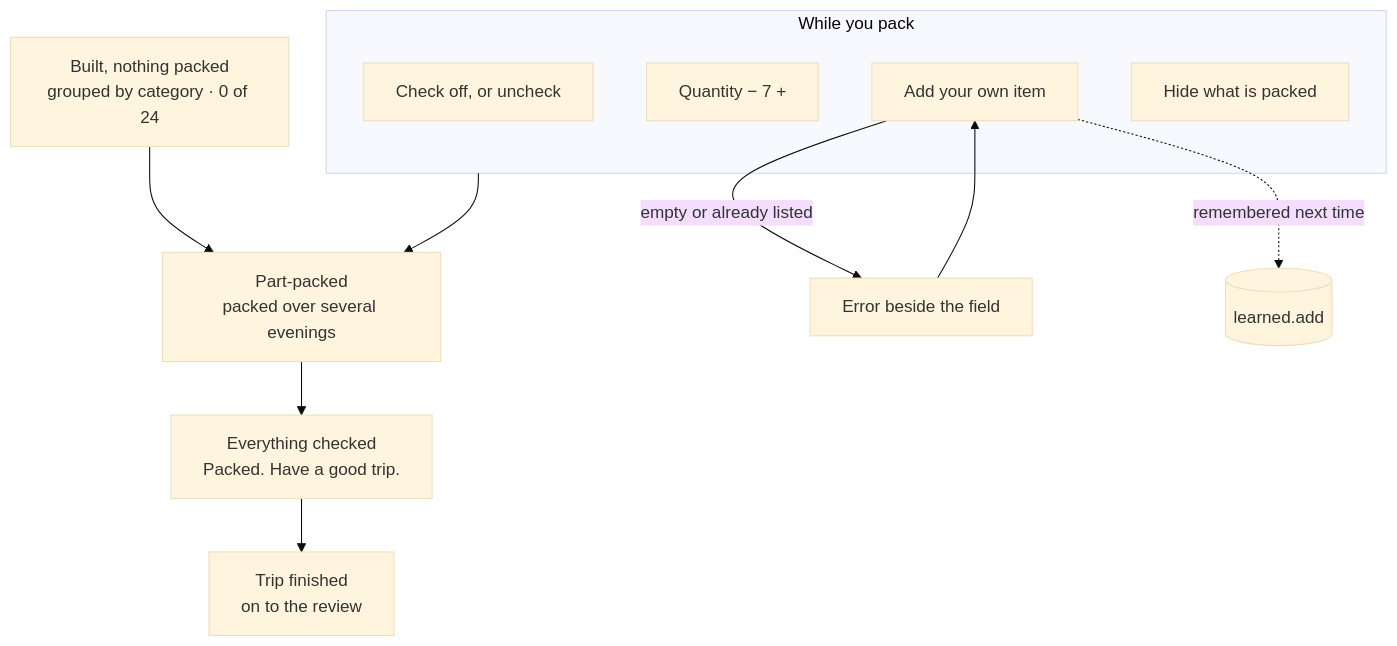
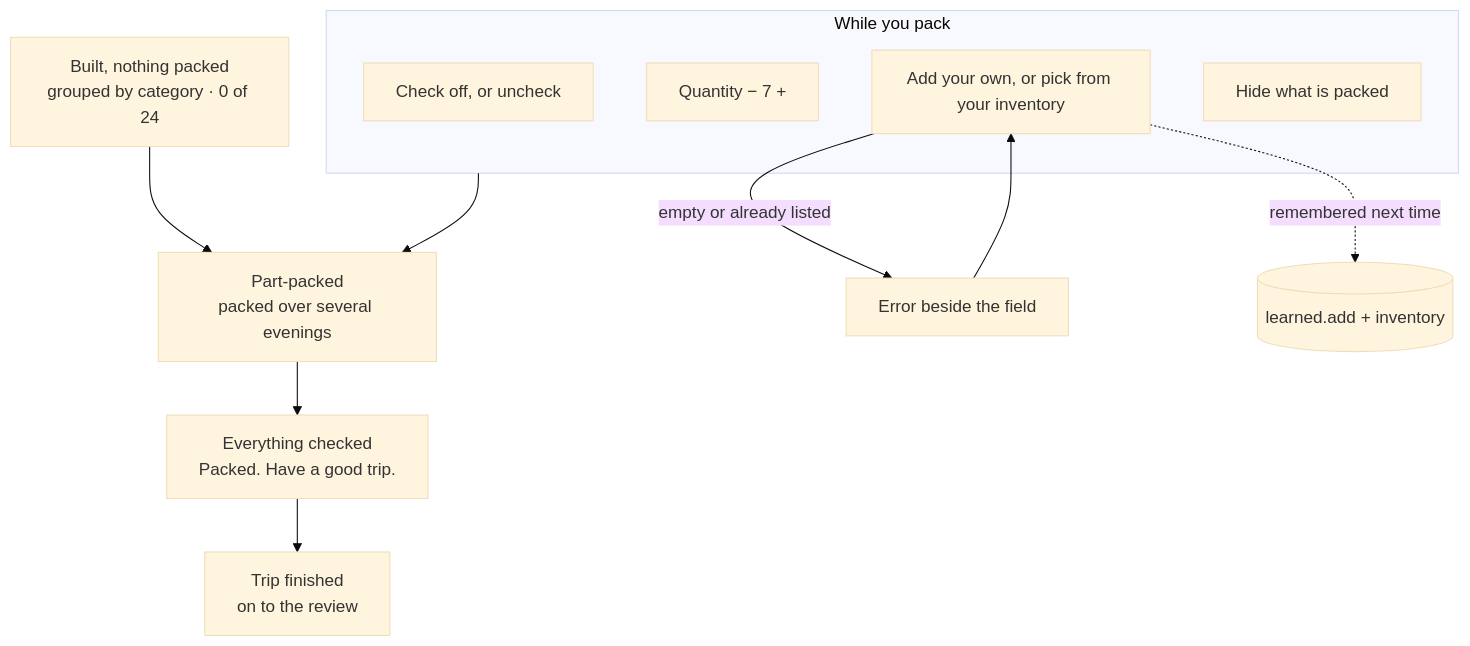
Before and after one commit to mrajesh164/departure-board: the second of 2 diagrams in README.md, drawn with Mermaid (base theme). The commit also changed other lines of this file and 1 other file, not shown here.

First line of the commit message:
Bring the README and flows.md back in line with the app

````diff
--- a/README.md
+++ b/README.md
@@ -73,21 +75,21 @@
 ```mermaid
 flowchart TD
     Built["Built, nothing packed<br/>grouped by category · 0 of 24"]
     Part["Part-packed<br/>packed over several evenings"]
     All["Everything checked<br/>Packed. Have a good trip."]
     Fin["Trip finished<br/>on to the review"]
 
     Built --> Part --> All --> Fin
 
     subgraph Actions["While you pack"]
         Check["Check off, or uncheck"]
         Qty["Quantity − 7 +"]
-        AddItem["Add your own item"]
+        AddItem["Add your own, or pick from your inventory"]
         Hide["Hide what is packed"]
     end
 
     Actions --> Part
     AddItem -->|empty or already listed| ItemErr["Error beside the field"]
     ItemErr --> AddItem
-    AddItem -.->|remembered next time| LearnAdd[("learned.add")]
+    AddItem -.->|remembered next time| LearnAdd[("learned.add + inventory")]
 ```
````
